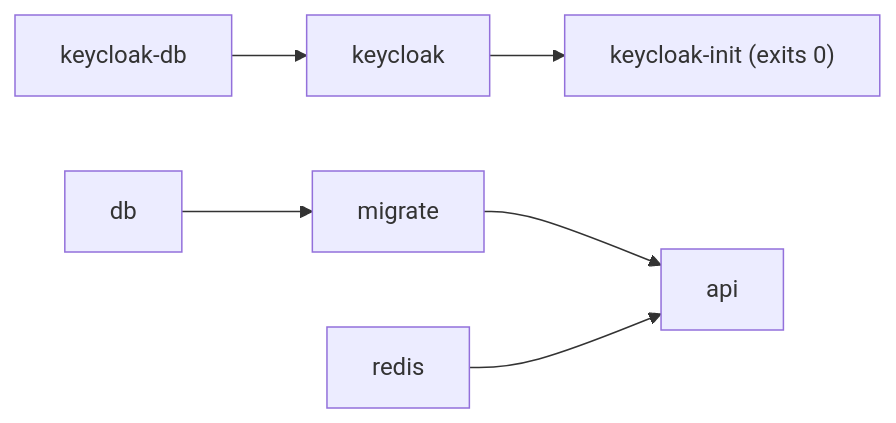
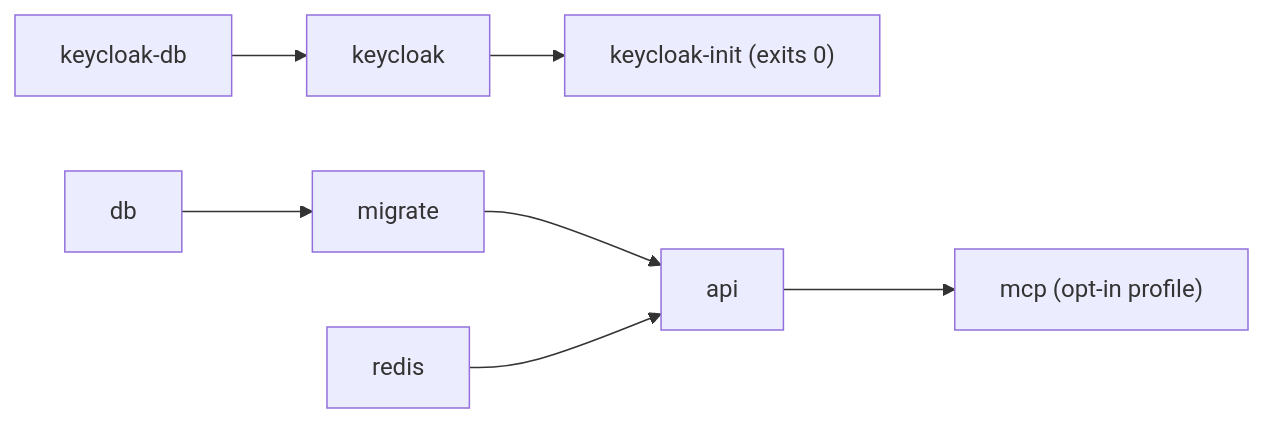
One commit to this-is-tobi/template-monorepo-ts changed the third of 7 diagrams in docs/05-infrastructure.md. Above: the diagram before and after it, drawn with Mermaid. The commit also changed other lines of this file and 1 other file, not shown here.

````diff
--- a/docs/05-infrastructure.md
+++ b/docs/05-infrastructure.md
@@ -45,6 +116,7 @@
 ```mermaid
 flowchart LR
   keycloak-db --> keycloak --> keycloak-init["keycloak-init (exits 0)"]
   db --> migrate --> api
   redis --> api
+  api --> mcp["mcp (opt-in profile)"]
 ```
````
